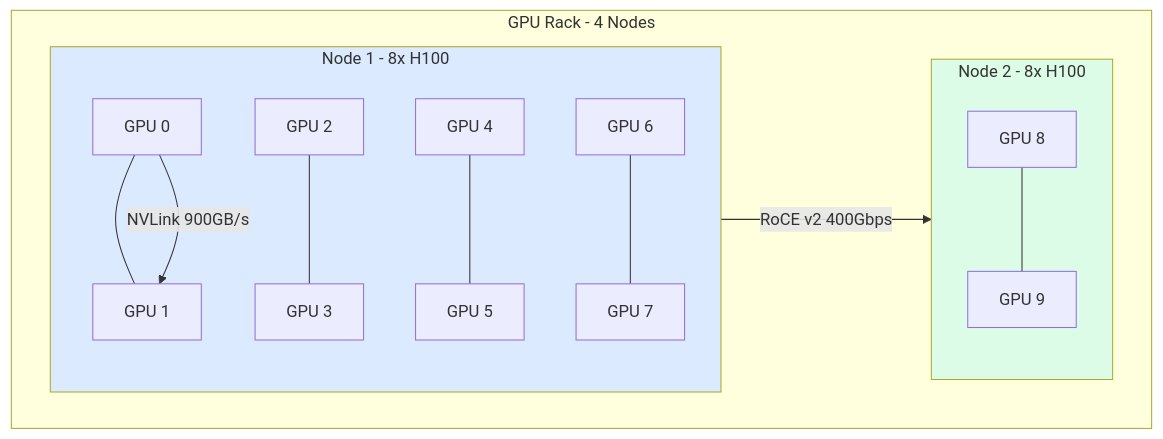
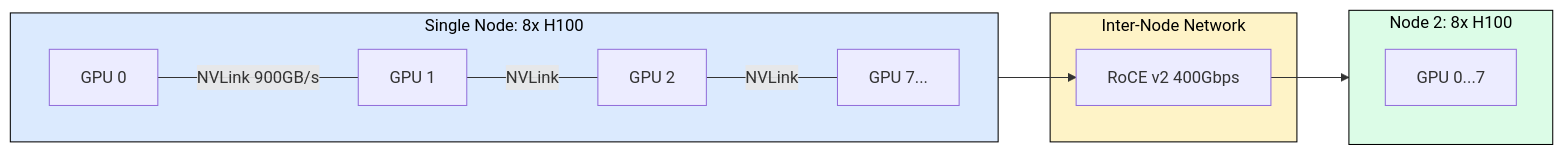
One commit to harshuljain13/llm-inference-at-scale changed the second of 4 diagrams in content/10_production_stories/09.1_meta_inference_platform/meta_inference_platform.md. Above: the diagram before and after it, drawn with Mermaid. The commit also changed other lines of this file and 89 other files, not shown here.

````diff
--- a/content/10_production_stories/09.1_meta_inference_platform/meta_inference_platform.md
+++ b/content/10_production_stories/09.1_meta_inference_platform/meta_inference_platform.md
@@ -102,18 +48,20 @@
 ```mermaid
-graph TD
-    subgraph Rack[GPU Rack - 4 Nodes]
-        subgraph Node1[Node 1 - 8x H100]
-            GPU1[GPU 0] --- GPU2[GPU 1]
-            GPU3[GPU 2] --- GPU4[GPU 3]
-            GPU5[GPU 4] --- GPU6[GPU 5]
-            GPU7[GPU 6] --- GPU8[GPU 7]
-        end
-        subgraph Node2[Node 2 - 8x H100]
-            GPU9[GPU 8] --- GPU10[GPU 9]
-        end
+flowchart LR
+    subgraph Node["Single Node: 8x H100"]
+        direction LR
+        G0[GPU 0] ---|NVLink 900GB/s| G1[GPU 1]
+        G1 ---|NVLink| G2[GPU 2]
+        G2 ---|NVLink| G3[GPU 7...]
     end
-    Node1 -->|RoCE v2 400Gbps| Node2
-    GPU1 -->|NVLink 900GB/s| GPU2
-    style Node1 fill:#dbeafe
-    style Node2 fill:#dcfce7
+    subgraph Net["Inter-Node Network"]
+        R1[RoCE v2 400Gbps]
+    end
+    subgraph Node2["Node 2: 8x H100"]
+        G4[GPU 0...7]
+    end
+    Node --> R1
+    R1 --> Node2
+    style Node fill:#dbeafe,stroke:#000,color:#000
+    style Net fill:#fef3c7,stroke:#000,color:#000
+    style Node2 fill:#dcfce7,stroke:#000,color:#000
 ```
````
